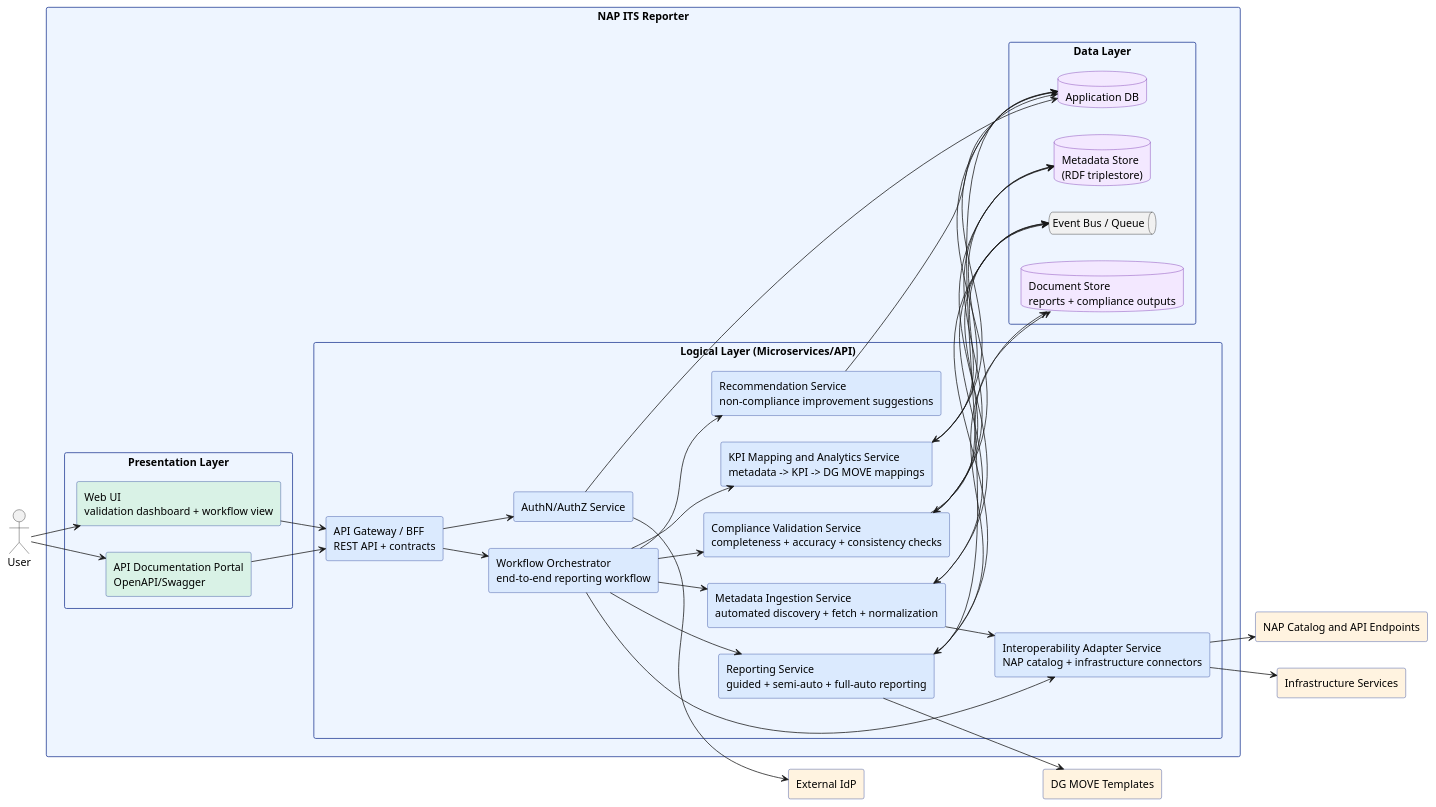
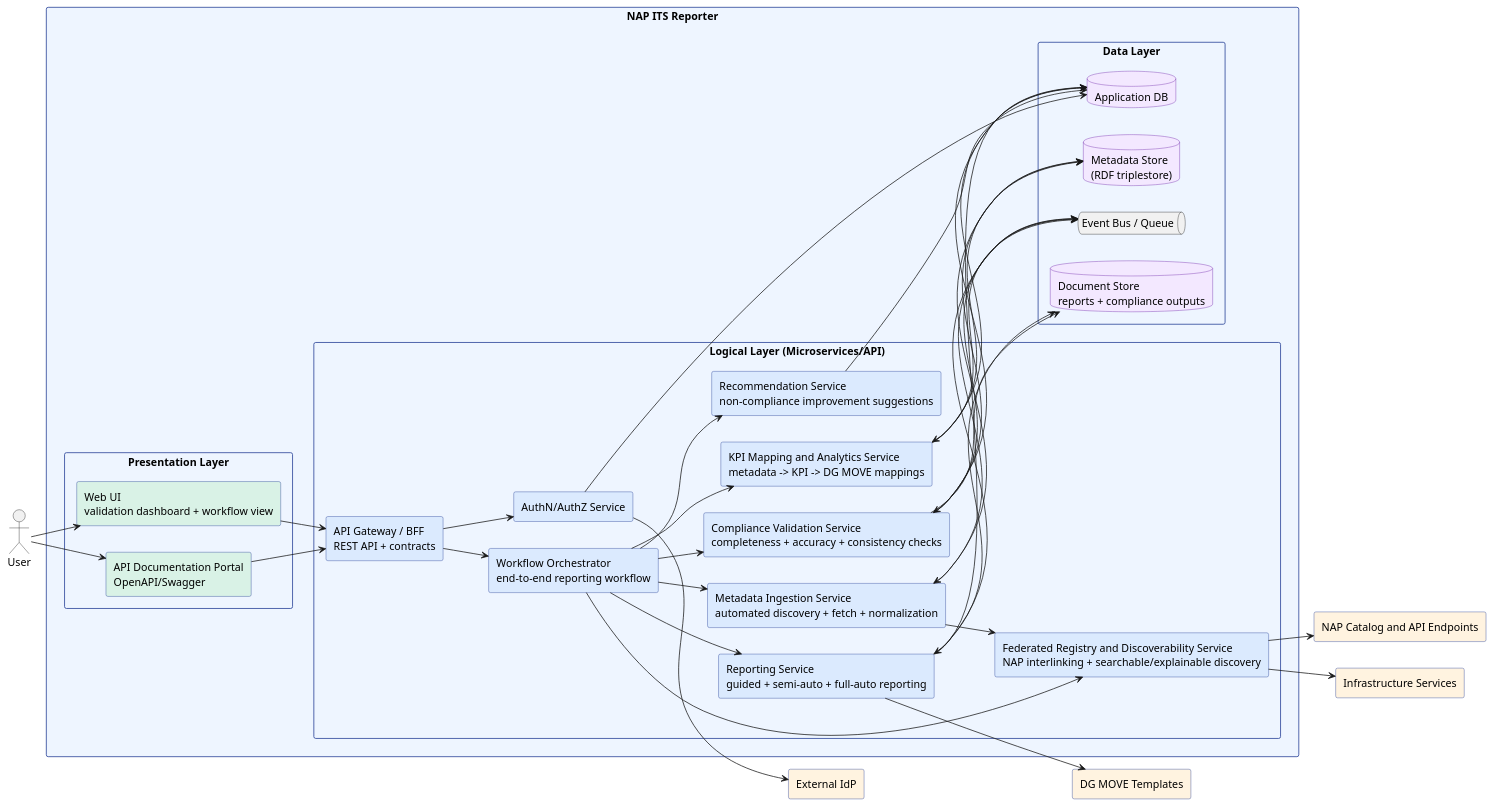
Before and after one commit to UM-KGPI/Napcore-ITS-Reporting: the diagram in docs/architecture/puml/container.puml, drawn with PlantUML. The commit also changed 5 other files, not shown here.

Commit message:
Adopt Federated Registry and Discoverability pattern across C4 docs

```diff
--- a/docs/architecture/puml/container.puml
+++ b/docs/architecture/puml/container.puml
@@ -1,85 +1,85 @@
 @startuml
 ' Container Diagram (Level 2)
 skinparam shadowing false
 skinparam componentStyle rectangle
 skinparam packageStyle rectangle
 left to right direction
 
 skinparam rectangle {
   BackgroundColor #eef5ff
   BorderColor #1f3a93
 }
 skinparam database {
   BackgroundColor #f3e8ff
   BorderColor #6b21a8
 }
 
 actor "User" as USER
 
 package "NAP ITS Reporter" {
   package "Presentation Layer" {
     rectangle "Web UI\nvalidation dashboard + workflow view" as UI #d9f2e6
     rectangle "API Documentation Portal\nOpenAPI/Swagger" as APIDOC #d9f2e6
   }
 
   package "Logical Layer (Microservices/API)" {
     rectangle "API Gateway / BFF\nREST API + contracts" as BFF #dbeafe
     rectangle "Metadata Ingestion Service\nautomated discovery + fetch + normalization" as ING #dbeafe
-    rectangle "Interoperability Adapter Service\nNAP catalog + infrastructure connectors" as INTEROP #dbeafe
+    rectangle "Federated Registry and Discoverability Service\nNAP interlinking + searchable/explainable discovery" as REGDISC #dbeafe
     rectangle "Compliance Validation Service\ncompleteness + accuracy + consistency checks" as VAL #dbeafe
     rectangle "KPI Mapping and Analytics Service\nmetadata -> KPI -> DG MOVE mappings" as KPI #dbeafe
     rectangle "Reporting Service\nguided + semi-auto + full-auto reporting" as REP #dbeafe
     rectangle "Recommendation Service\nnon-compliance improvement suggestions" as REC #dbeafe
     rectangle "Workflow Orchestrator\nend-to-end reporting workflow" as WF #dbeafe
     rectangle "AuthN/AuthZ Service" as IAM #dbeafe
   }
 
   package "Data Layer" {
     database "Metadata Store\n(RDF triplestore)" as META
     database "Application DB" as APPDB
     database "Document Store\nreports + compliance outputs" as DOCS
     queue "Event Bus / Queue" as MQ
   }
 }
 
 rectangle "NAP Catalog and API Endpoints" as NAP #fff3e0
 rectangle "Infrastructure Services" as INFRA #fff3e0
 rectangle "DG MOVE Templates" as DGT #fff3e0
 rectangle "External IdP" as IDP #fff3e0
 
 USER --> UI
 UI --> BFF
 USER --> APIDOC
 APIDOC --> BFF
 BFF --> IAM
 BFF --> WF
 
 WF --> ING
-WF --> INTEROP
+WF --> REGDISC
 WF --> VAL
 WF --> KPI
 WF --> REP
 WF --> REC
 
-ING --> INTEROP
-INTEROP --> NAP
-INTEROP --> INFRA
+ING --> REGDISC
+REGDISC --> NAP
+REGDISC --> INFRA
 ING --> META
 VAL --> META
 VAL --> APPDB
 VAL --> DOCS
 KPI --> META
 KPI --> APPDB
 REP --> DGT
 REP --> DOCS
 REP --> APPDB
 REC --> APPDB
 
 ING <--> MQ
 VAL <--> MQ
 KPI <--> MQ
 REP <--> MQ
 
 IAM --> IDP
 IAM --> APPDB
 @enduml
```
